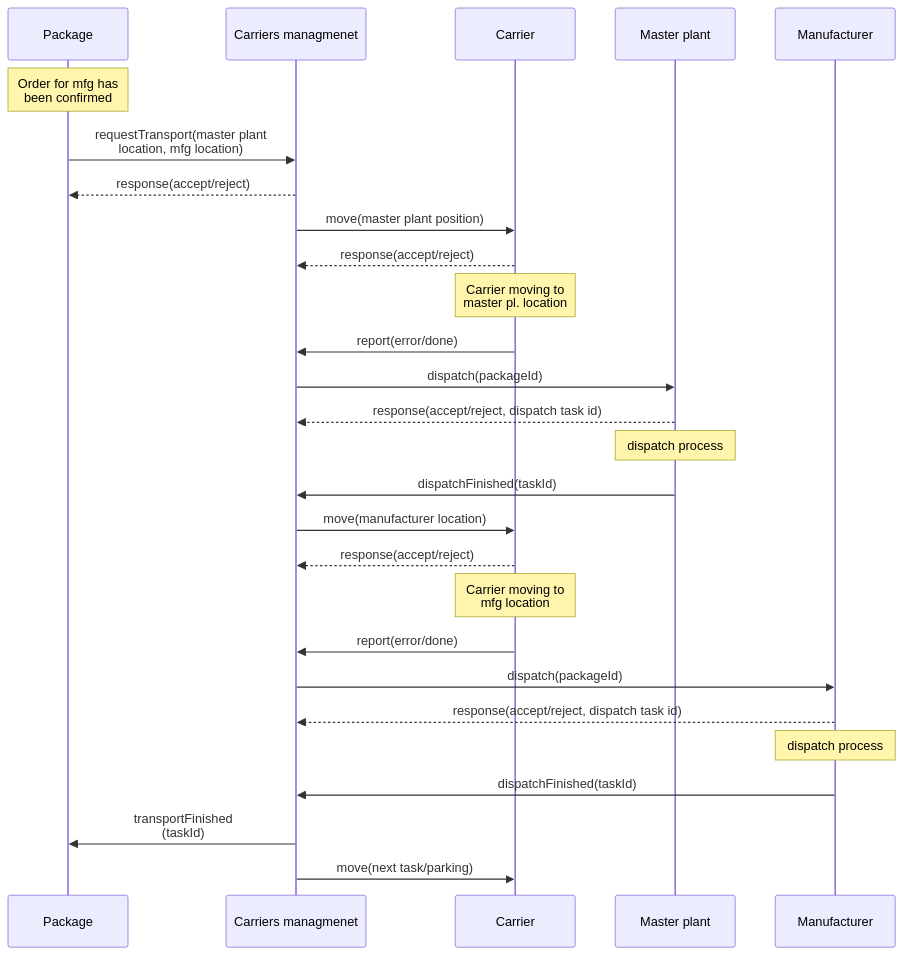
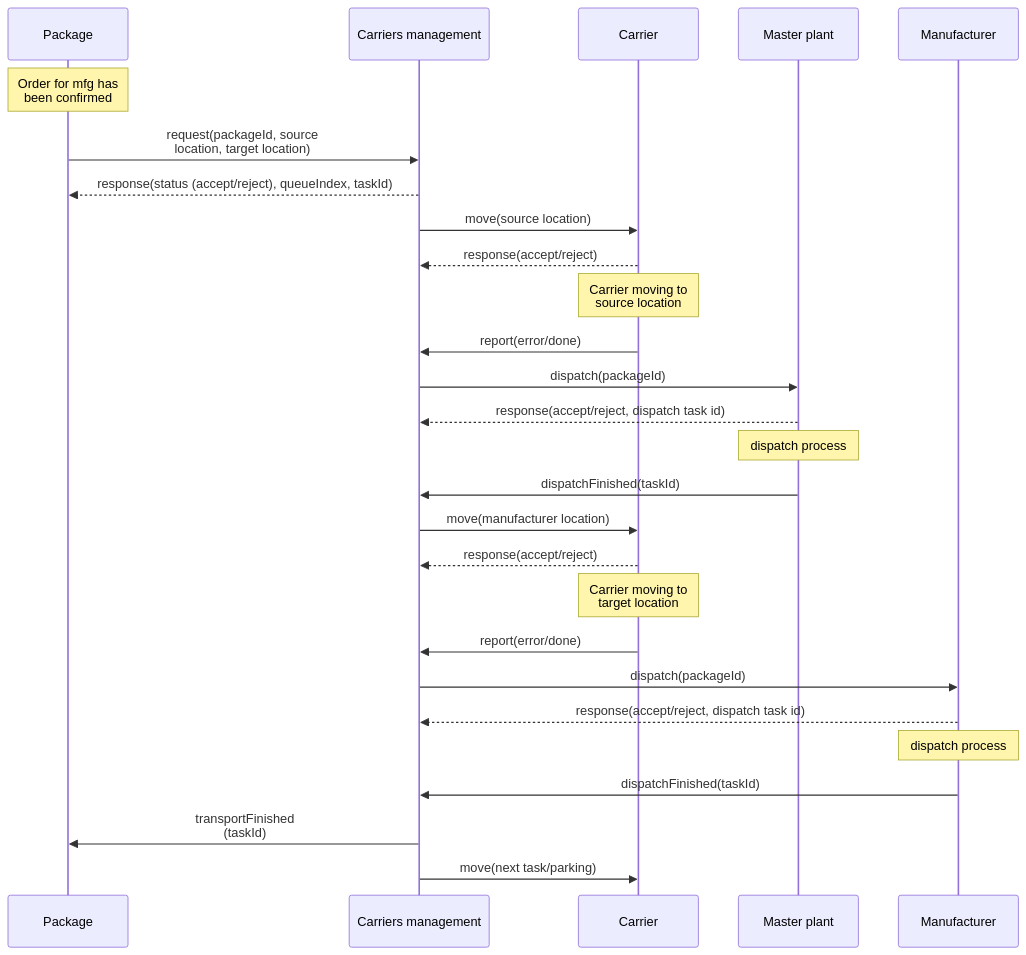
One commit to fsprojekti/shr-mfg-platform changed the second of 2 diagrams in README.md. Above: the diagram before and after it, drawn with Mermaid. The commit also changed other lines of this file, not shown here.

````diff
--- a/README.md
+++ b/README.md
@@ -74,33 +68,33 @@
 ```mermaid
 
 sequenceDiagram
 participant P as Package
     Note over P: Order for mfg has<br> been confirmed
-participant C as Carriers managmenet
+participant C as Carriers management
 participant A as Carrier
 participant O as Master plant 
 participant M as Manufacturer 
 
-P->>C: requestTransport(master plant <br>location, mfg location)
-C-->>P: response(accept/reject)
-C->>A: move(master plant position)
+P->>C: request(packageId, source <br>location, target location)
+C-->>P: response(status (accept/reject), queueIndex, taskId)
+C->>A: move(source location)
 A-->>C: response(accept/reject)
-Note over A: Carrier moving to <br>master pl. location
+Note over A: Carrier moving to <br>source location
 A->>C: report(error/done)
 C->>O: dispatch(packageId)
 O-->>C: response(accept/reject, dispatch task id)
 Note over O: dispatch process
 O->>C: dispatchFinished(taskId)
 C->>A: move(manufacturer location)
 
 A-->>C: response(accept/reject)
-Note over A: Carrier moving to <br>mfg location
+Note over A: Carrier moving to <br>target location
 A->>C: report(error/done)
 C->>M: dispatch(packageId)
 M-->>C: response(accept/reject, dispatch task id)
 Note over M: dispatch process
 M->>C: dispatchFinished(taskId)
 C->>P: transportFinished <br>(taskId)
 C->>A: move(next task/parking)
 
 ```
````
